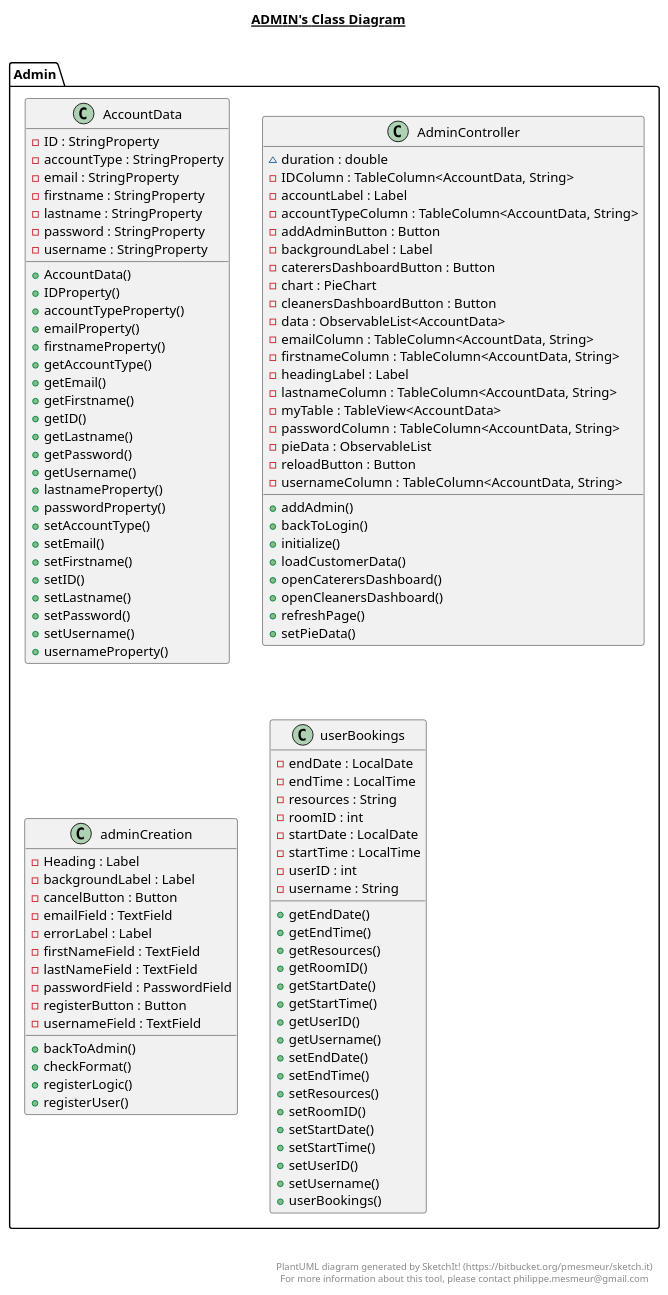
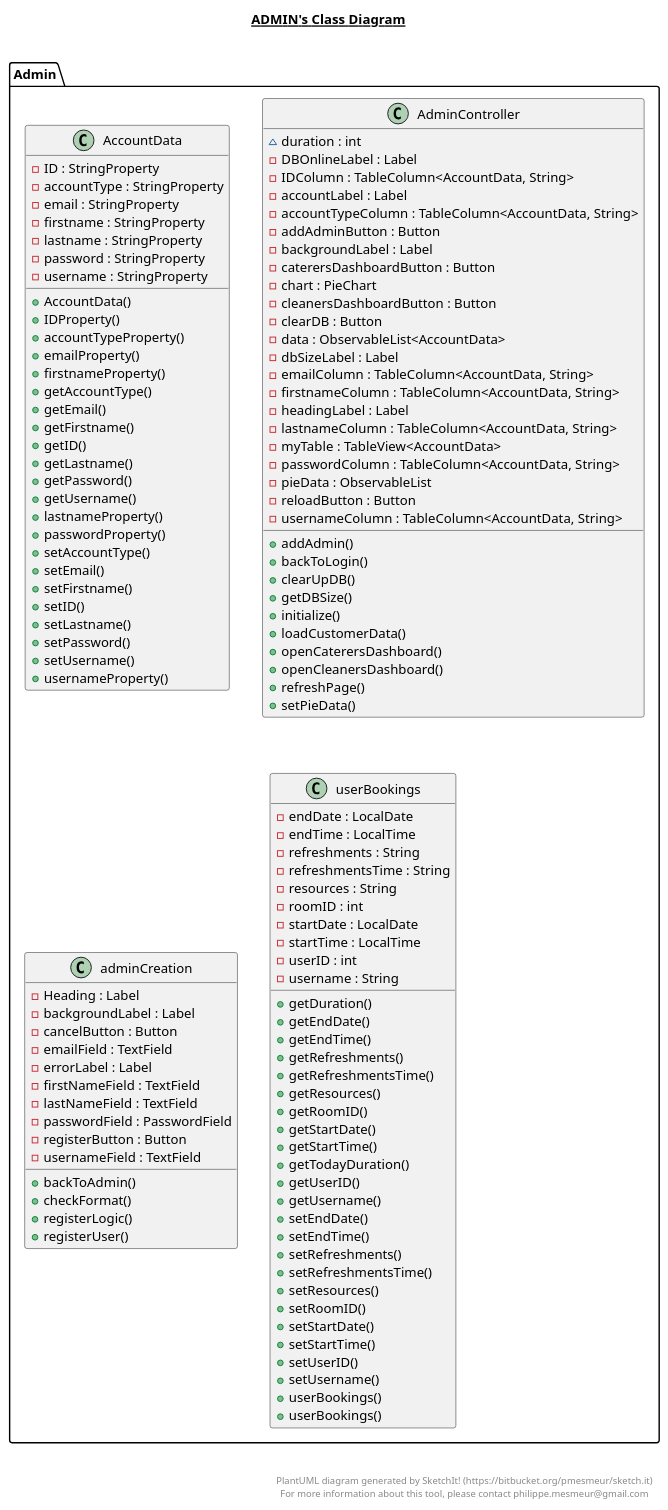
The diagram in src/Admin/Admin.plantuml (hegde-atri/meetingBooking), drawn with PlantUML before and after one commit. The commit also changed 9 other files, not shown here.

```diff
--- a/src/Admin/Admin.plantuml
+++ b/src/Admin/Admin.plantuml
@@ -1,133 +1,147 @@
 @startuml
 
 title __ADMIN's Class Diagram__\n
 
   namespace Admin {
     class Admin.AccountData {
         - ID : StringProperty
         - accountType : StringProperty
         - email : StringProperty
         - firstname : StringProperty
         - lastname : StringProperty
         - password : StringProperty
         - username : StringProperty
         + AccountData()
         + IDProperty()
         + accountTypeProperty()
         + emailProperty()
         + firstnameProperty()
         + getAccountType()
         + getEmail()
         + getFirstname()
         + getID()
         + getLastname()
         + getPassword()
         + getUsername()
         + lastnameProperty()
         + passwordProperty()
         + setAccountType()
         + setEmail()
         + setFirstname()
         + setID()
         + setLastname()
         + setPassword()
         + setUsername()
         + usernameProperty()
     }
   }
   
 
   namespace Admin {
     class Admin.AdminController {
-        ~ duration : double
+        ~ duration : int
+        - DBOnlineLabel : Label
         - IDColumn : TableColumn<AccountData, String>
         - accountLabel : Label
         - accountTypeColumn : TableColumn<AccountData, String>
         - addAdminButton : Button
         - backgroundLabel : Label
         - caterersDashboardButton : Button
         - chart : PieChart
         - cleanersDashboardButton : Button
+        - clearDB : Button
         - data : ObservableList<AccountData>
+        - dbSizeLabel : Label
         - emailColumn : TableColumn<AccountData, String>
         - firstnameColumn : TableColumn<AccountData, String>
         - headingLabel : Label
         - lastnameColumn : TableColumn<AccountData, String>
         - myTable : TableView<AccountData>
         - passwordColumn : TableColumn<AccountData, String>
         - pieData : ObservableList
         - reloadButton : Button
         - usernameColumn : TableColumn<AccountData, String>
         + addAdmin()
         + backToLogin()
+        + clearUpDB()
+        + getDBSize()
         + initialize()
         + loadCustomerData()
         + openCaterersDashboard()
         + openCleanersDashboard()
         + refreshPage()
         + setPieData()
     }
   }
   
 
   namespace Admin {
     class Admin.adminCreation {
         - Heading : Label
         - backgroundLabel : Label
         - cancelButton : Button
         - emailField : TextField
         - errorLabel : Label
         - firstNameField : TextField
         - lastNameField : TextField
         - passwordField : PasswordField
         - registerButton : Button
         - usernameField : TextField
         + backToAdmin()
         + checkFormat()
         + registerLogic()
         + registerUser()
     }
   }
   
 
   namespace Admin {
     class Admin.userBookings {
         - endDate : LocalDate
         - endTime : LocalTime
+        - refreshments : String
+        - refreshmentsTime : String
         - resources : String
         - roomID : int
         - startDate : LocalDate
         - startTime : LocalTime
         - userID : int
         - username : String
+        + getDuration()
         + getEndDate()
         + getEndTime()
+        + getRefreshments()
+        + getRefreshmentsTime()
         + getResources()
         + getRoomID()
         + getStartDate()
         + getStartTime()
+        + getTodayDuration()
         + getUserID()
         + getUsername()
         + setEndDate()
         + setEndTime()
+        + setRefreshments()
+        + setRefreshmentsTime()
         + setResources()
         + setRoomID()
         + setStartDate()
         + setStartTime()
         + setUserID()
         + setUsername()
+        + userBookings()
         + userBookings()
     }
   }
   
 
 
 
 right footer
 
 
 PlantUML diagram generated by SketchIt! (https://bitbucket.org/pmesmeur/sketch.it)
 For more information about this tool, please contact philippe.mesmeur@gmail.com
 endfooter
 
 @enduml
```
